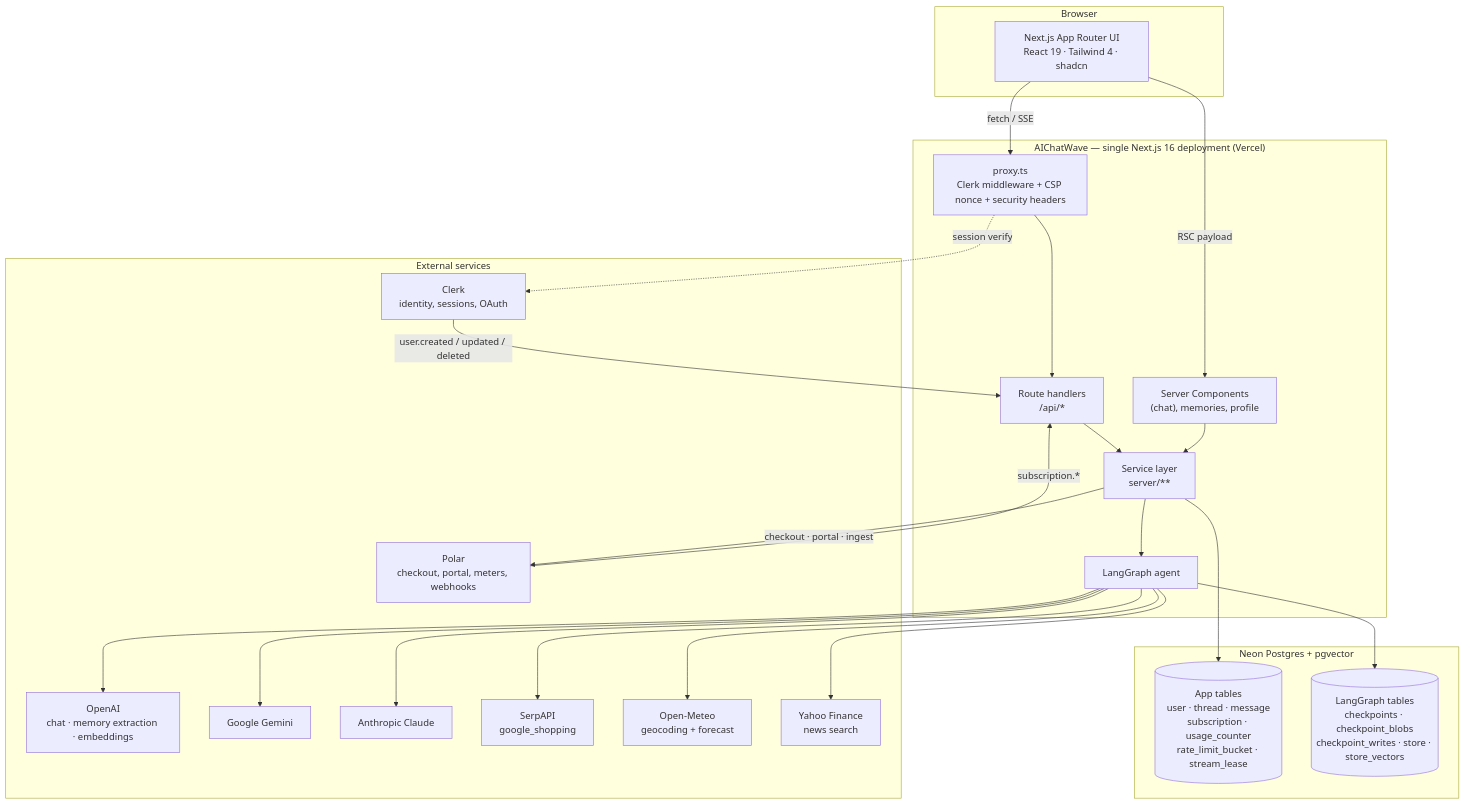
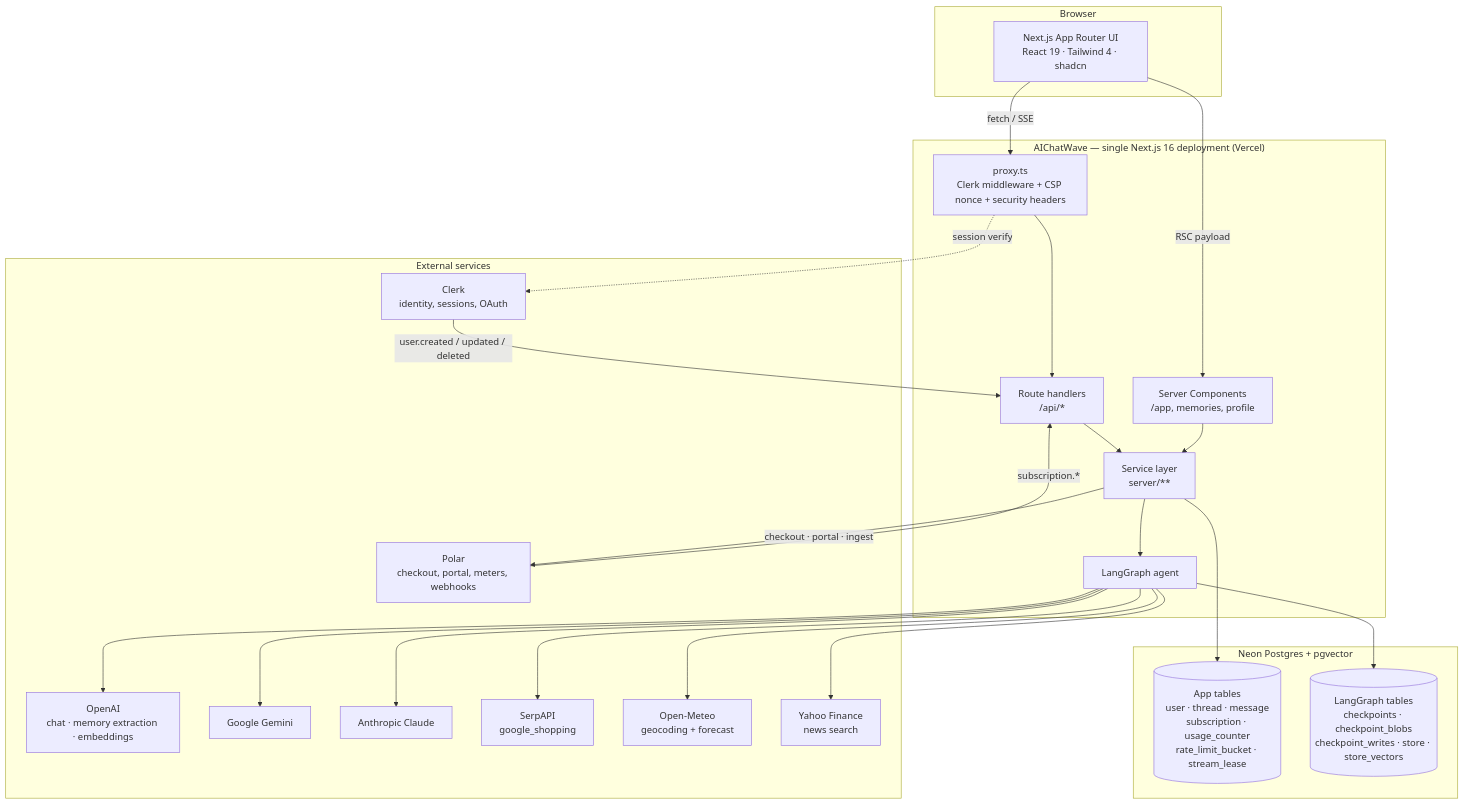
One commit to gitdeepaks/aichatwave changed the first of 13 diagrams in docs/system_design.md. Above: the diagram before and after it, drawn with Mermaid. The commit also changed other lines of this file and 15 other files, not shown here.

First line of the commit message:
docs: update project documentation and add architecture guides

````diff
--- a/docs/system_design.md
+++ b/docs/system_design.md
@@ -40,48 +40,48 @@
 ```mermaid
 graph TB
     subgraph Client["Browser"]
         UI["Next.js App Router UI<br/>React 19 · Tailwind 4 · shadcn"]
     end
 
     subgraph App["AIChatWave — single Next.js 16 deployment (Vercel)"]
         MW["proxy.ts<br/>Clerk middleware + CSP nonce + security headers"]
-        RSC["Server Components<br/>(chat), memories, profile"]
+        RSC["Server Components<br/>/app, memories, profile"]
         API["Route handlers<br/>/api/*"]
         SVC["Service layer<br/>server/**"]
         GRAPH["LangGraph agent"]
     end
 
     subgraph Data["Neon Postgres + pgvector"]
         APPDB[("App tables<br/>user · thread · message<br/>subscription · usage_counter<br/>rate_limit_bucket · stream_lease")]
         LGDB[("LangGraph tables<br/>checkpoints · checkpoint_blobs<br/>checkpoint_writes · store · store_vectors")]
     end
 
     subgraph Vendors["External services"]
         CLERK["Clerk<br/>identity, sessions, OAuth"]
         POLAR["Polar<br/>checkout, portal, meters, webhooks"]
         OPENAI["OpenAI<br/>chat · memory extraction · embeddings"]
         GOOGLE["Google Gemini"]
         ANTHROPIC["Anthropic Claude"]
         SERP["SerpAPI<br/>google_shopping"]
         METEO["Open-Meteo<br/>geocoding + forecast"]
         YAHOO["Yahoo Finance<br/>news search"]
     end
 
     UI -->|"fetch / SSE"| MW --> API
     UI -->|"RSC payload"| RSC
     API --> SVC
     RSC --> SVC
     SVC --> GRAPH
     SVC --> APPDB
     GRAPH --> LGDB
     GRAPH --> OPENAI
     GRAPH --> GOOGLE
     GRAPH --> ANTHROPIC
     GRAPH --> SERP
     GRAPH --> METEO
     GRAPH --> YAHOO
     MW -.->|"session verify"| CLERK
     SVC -->|"checkout · portal · ingest"| POLAR
     CLERK -->|"user.created / updated / deleted"| API
     POLAR -->|"subscription.*"| API
 ```
````
